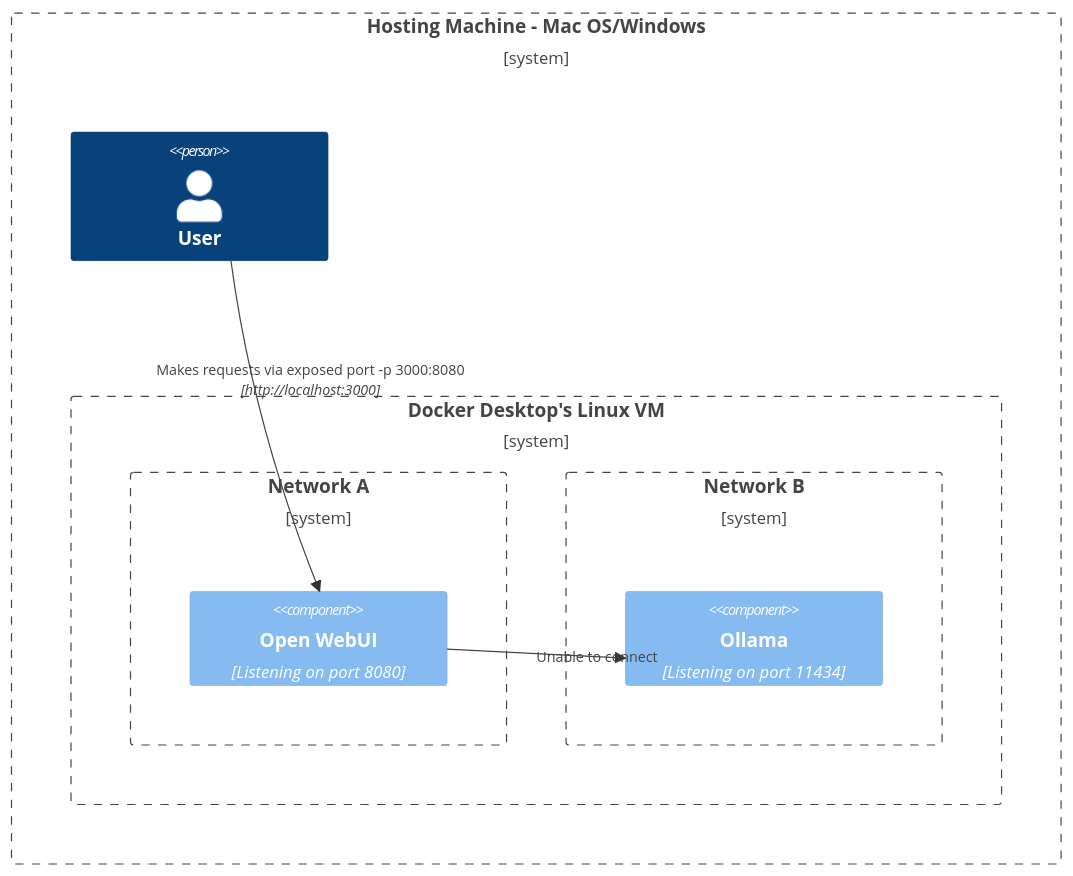
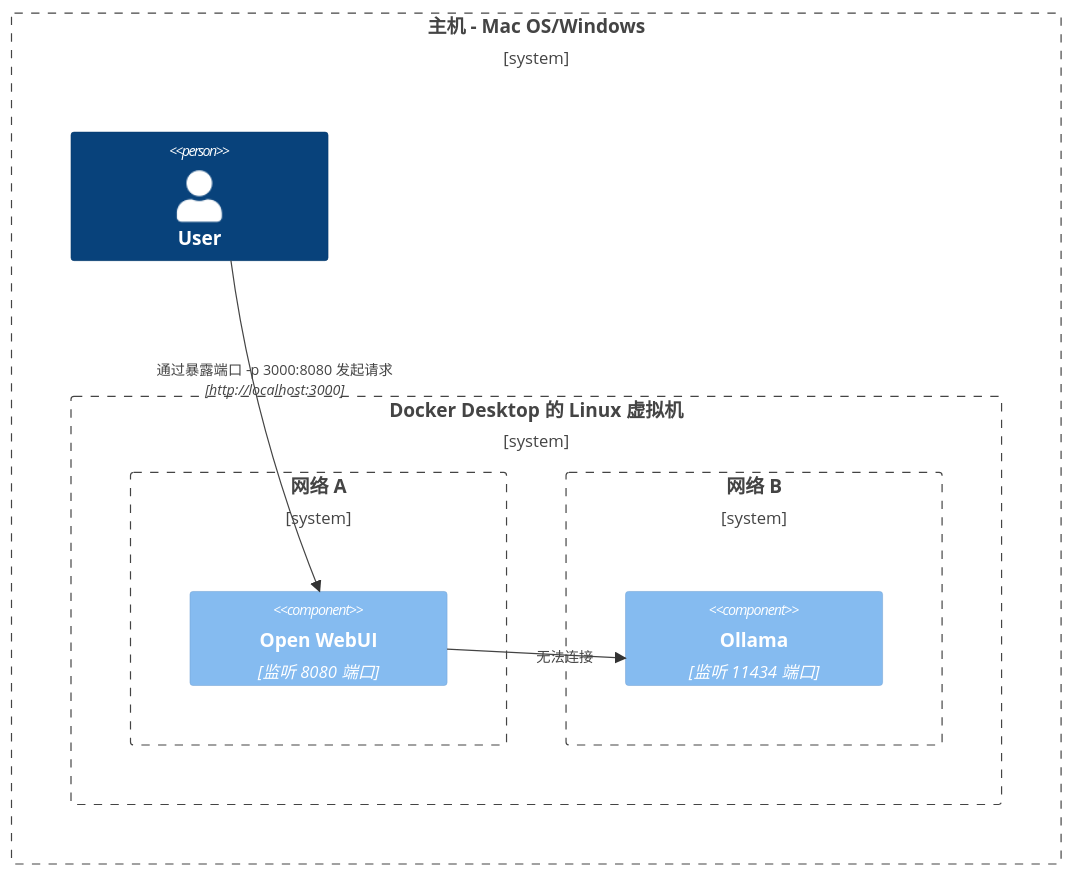
Before and after one commit to GamblerIX2/open-webui-docs: the third of 8 diagrams in docs/reference/network-diagrams.mdx, drawn with Mermaid. The commit also changed other lines of this file and 175 other files, not shown here.

````diff
--- a/docs/reference/network-diagrams.mdx
+++ b/docs/reference/network-diagrams.mdx
@@ -65,17 +65,17 @@
 ```mermaid
 C4Context
-Boundary(b0, "Hosting Machine - Mac OS/Windows") {
+Boundary(b0, "主机 - Mac OS/Windows") {
    Person(user, "User")
-   Boundary(b1, "Docker Desktop's Linux VM") {
-      Boundary(b2, "Network A") {
-         Component(openwebui, "Open WebUI", "Listening on port 8080")
+   Boundary(b1, "Docker Desktop 的 Linux 虚拟机") {
+      Boundary(b2, "网络 A") {
+         Component(openwebui, "Open WebUI", "监听 8080 端口")
       }
-      Boundary(b3, "Network B") {
-         Component(ollama, "Ollama", "Listening on port 11434")
+      Boundary(b3, "网络 B") {
+         Component(ollama, "Ollama", "监听 11434 端口")
       }
    }
 }
-Rel(openwebui, ollama, "Unable to connect")
-Rel(user, openwebui, "Makes requests via exposed port -p 3000:8080", "http://localhost:3000")
+Rel(openwebui, ollama, "无法连接")
+Rel(user, openwebui, "通过暴露端口 -p 3000:8080 发起请求", "http://localhost:3000")
 UpdateRelStyle(user, openwebui, $offsetX="-100", $offsetY="-50")
 ```
````
